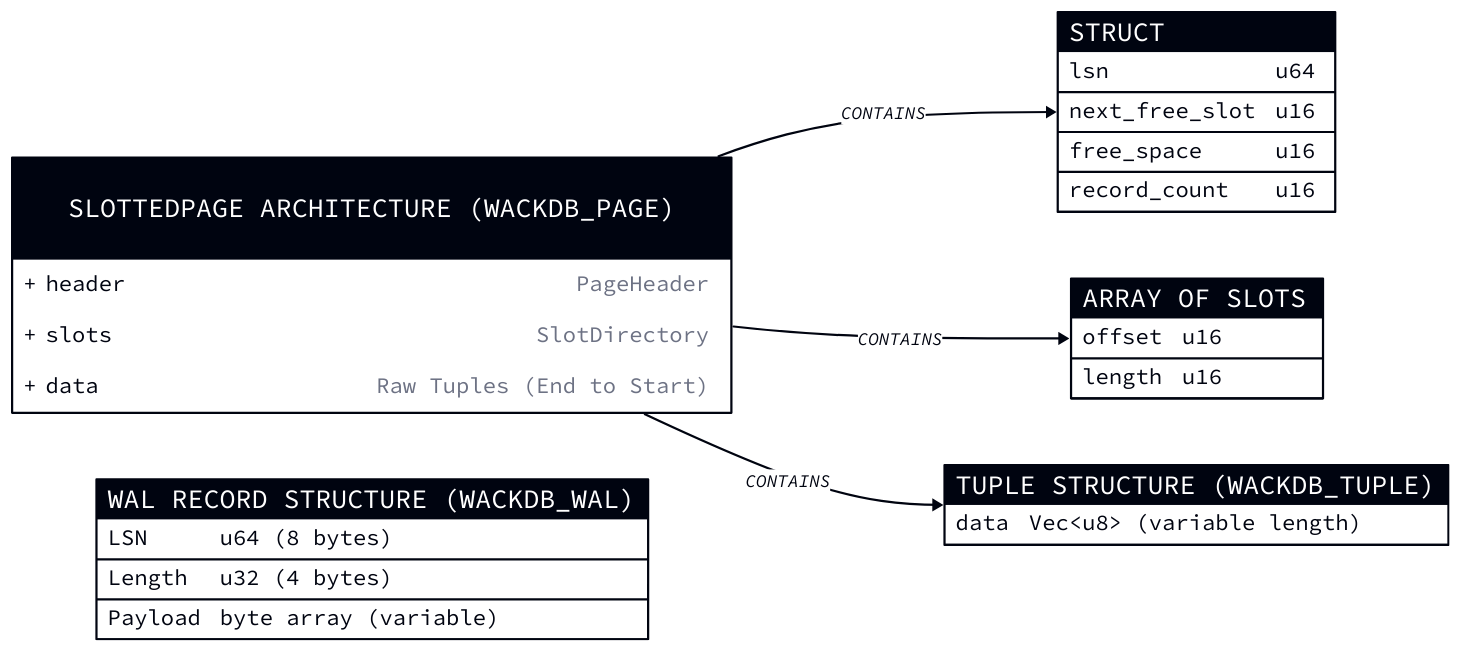
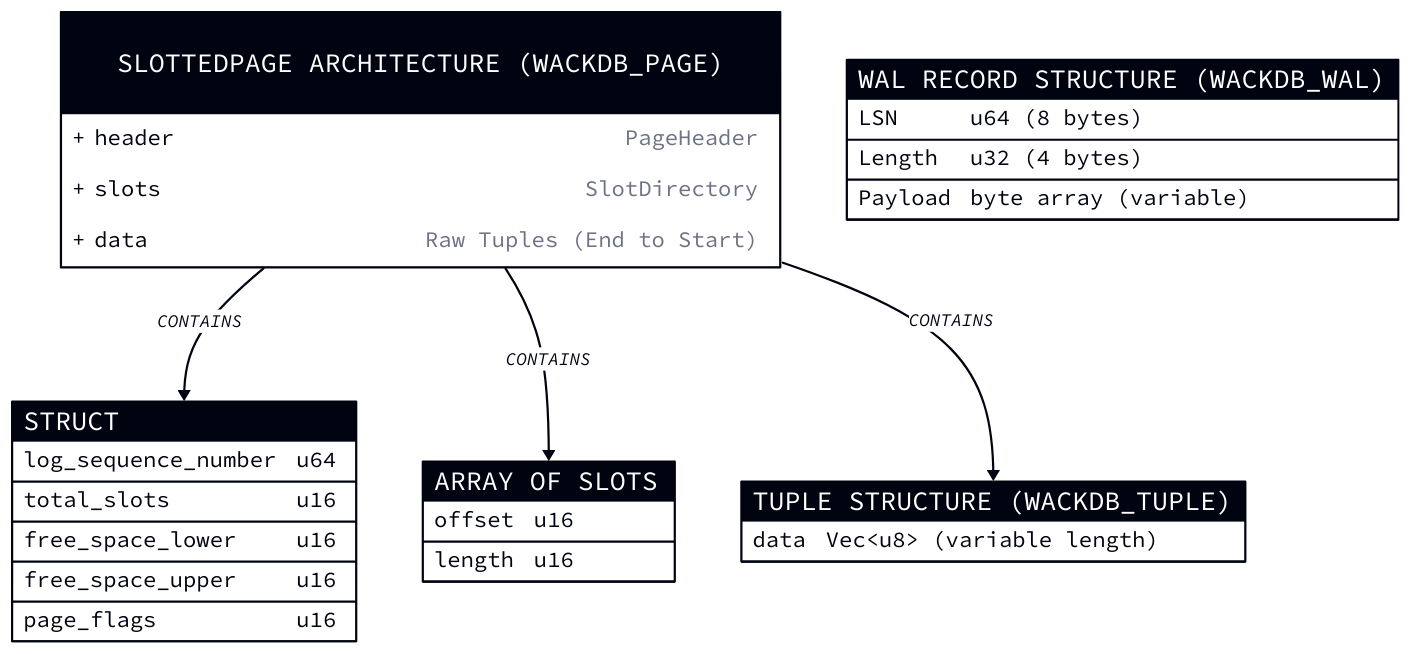
Before and after one commit to CHOCEK-RB/wackdb: the diagram in docs/diagrams/src/page.d2, drawn with D2. The commit also changed 31 other files, not shown here.

Commit message:
docs: update architecture diagrams

```diff
--- a/docs/diagrams/src/page.d2
+++ b/docs/diagrams/src/page.d2
@@ -1,44 +1,45 @@
-direction: right
+direction: down
 vars: {
   d2-config: {
     theme-id: 301
   }
 }
 
 slotted_page: "SlottedPage Architecture (wackdb_page)" {
   shape: class
   +header: PageHeader
   +slots: "SlotDirectory"
   +data: "Raw Tuples (End to Start)"
 }
 
 PageHeader: "Struct" {
   shape: sql_table
-  lsn: u64
-  next_free_slot: u16
-  free_space: u16
-  record_count: u16
+  log_sequence_number: u64
+  total_slots: u16
+  free_space_lower: u16
+  free_space_upper: u16
+  page_flags: u16
 }
 
 SlotDirectory: "Array of Slots" {
   shape: sql_table
   offset: u16
   length: u16
 }
 
 slotted_page -> PageHeader: "contains"
 slotted_page -> SlotDirectory: "contains"
 
 wal_record: "WAL Record Structure (wackdb_wal)" {
   shape: sql_table
   LSN: "u64 (8 bytes)"
   Length: "u32 (4 bytes)"
   Payload: "byte array (variable)"
 }
 
 tuple: "Tuple Structure (wackdb_tuple)" {
   shape: sql_table
   data: "Vec<u8> (variable length)"
 }
 
 slotted_page -> tuple: "Contains"
```
